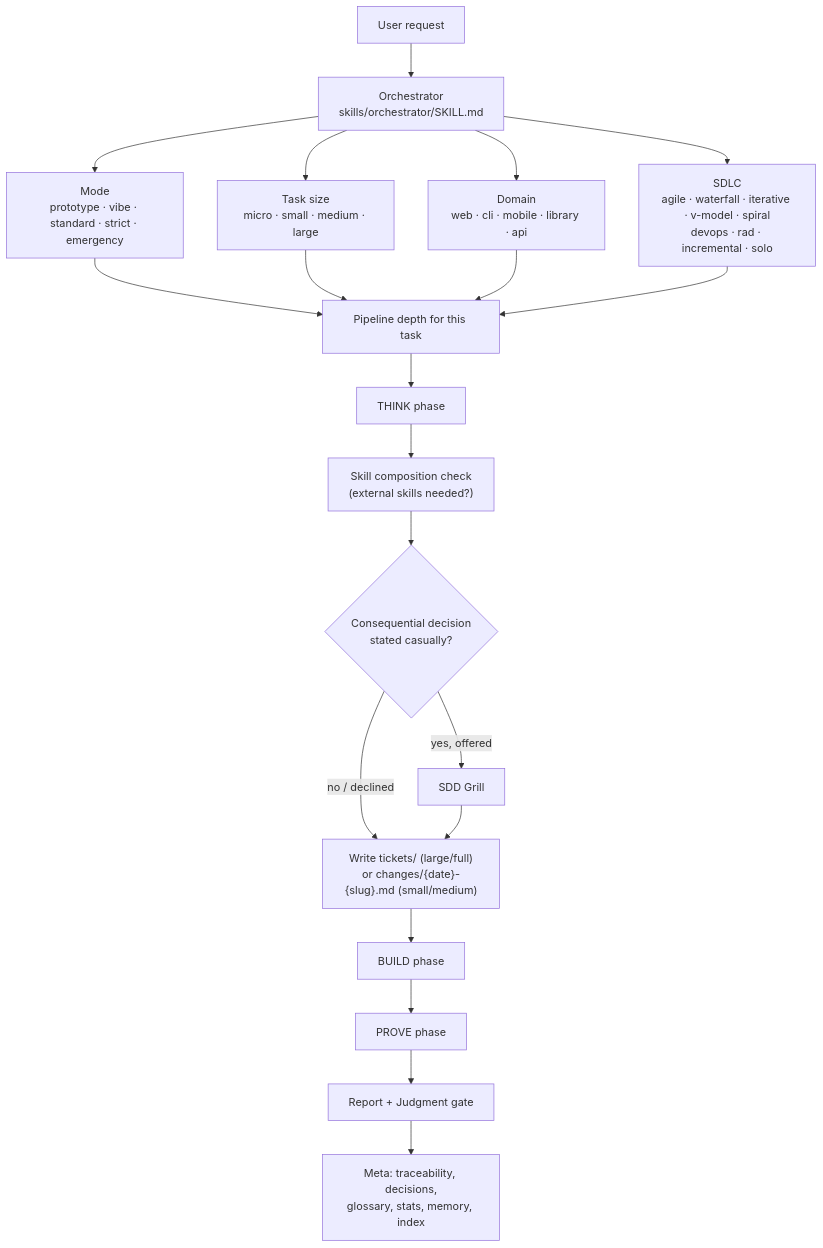
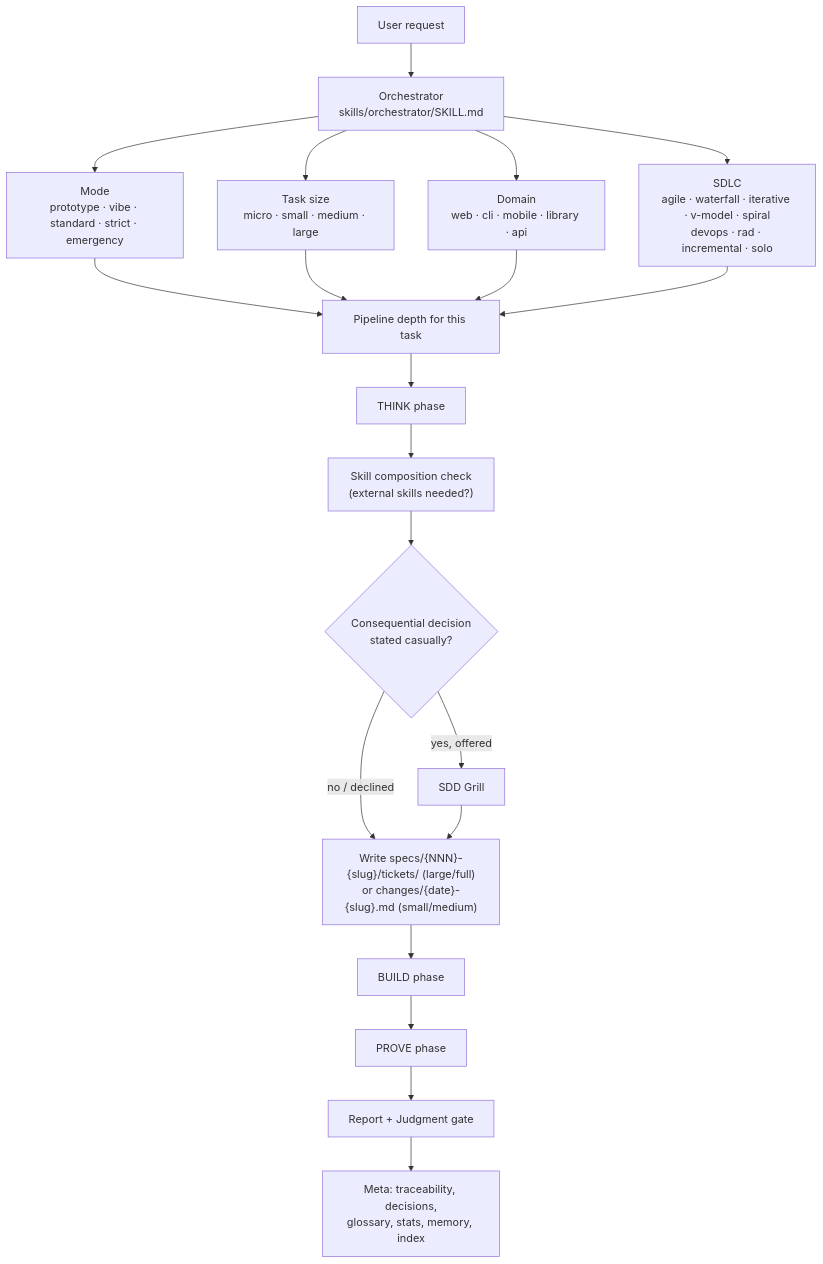
Before and after one commit to fprtm/sdd-pipeline: the second of 14 diagrams in docs/ARCHITECTURE.md, drawn with Mermaid. The commit also changed other lines of this file and 15 other files, not shown here.

````diff
--- a/docs/ARCHITECTURE.md
+++ b/docs/ARCHITECTURE.md
@@ -67,20 +67,20 @@
 ```mermaid
 flowchart TD
     REQ["User request"] --> ORC["Orchestrator\nskills/orchestrator/SKILL.md"]
     ORC --> MODE["Mode\nprototype · vibe · standard · strict · emergency"]
     ORC --> SIZE["Task size\nmicro · small · medium · large"]
     ORC --> DOM["Domain\nweb · cli · mobile · library · api"]
     ORC --> SDLC["SDLC\nagile · waterfall · iterative · v-model · spiral\ndevops · rad · incremental · solo"]
 
     MODE & SIZE & DOM & SDLC --> DEPTH["Pipeline depth for this task"]
     DEPTH --> THINK_P["THINK phase"]
     THINK_P --> COMP["Skill composition check\n(external skills needed?)"]
     COMP --> GRILL{"Consequential decision\nstated casually?"}
     GRILL -- yes, offered --> GRILLSKILL["SDD Grill"]
-    GRILL -- no / declined --> PLANFILE["Write tickets/ (large/full)\nor changes/{date}-{slug}.md (small/medium)"]
+    GRILL -- no / declined --> PLANFILE["Write specs/{NNN}-{slug}/tickets/ (large/full)\nor changes/{date}-{slug}.md (small/medium)"]
     GRILLSKILL --> PLANFILE
     PLANFILE --> BUILD_P["BUILD phase"]
     BUILD_P --> PROVE_P["PROVE phase"]
     PROVE_P --> REPORT["Report + Judgment gate"]
     REPORT --> META["Meta: traceability, decisions,\nglossary, stats, memory, index"]
 ```
````
